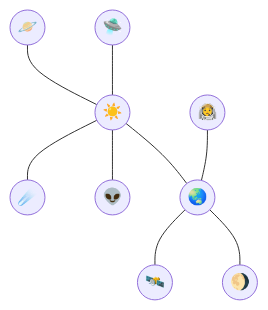
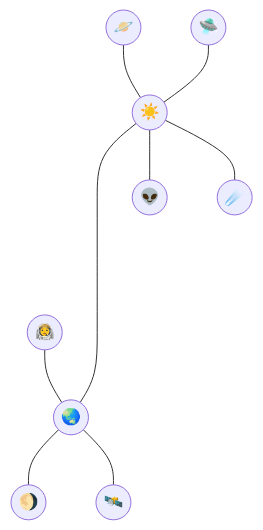
The fourth of 7 diagrams in README.md (RhizomeDB/spec), drawn with Mermaid before and after one commit. The commit also changed other lines of this file and 1 other file, not shown here.

````diff
--- a/README.md
+++ b/README.md
@@ -461,20 +461,20 @@
 ``` mermaid
 flowchart BT
     sun(("☀️"))
 
     earth(("🌏"))
     saturn(("🪐"))
     alien(("👽"))
     uap(("🛸"))
     meteor(("☄️"))
 
-    earth --- sun
+    earth ------ sun
     sun --- saturn
     alien --- sun
     sun --- uap
     meteor --- sun
 
     moon(("🌖")) --- earth
     satelite(("🛰️")) --- earth
     earth --- astro(("👩‍🚀"))
 ```
````
